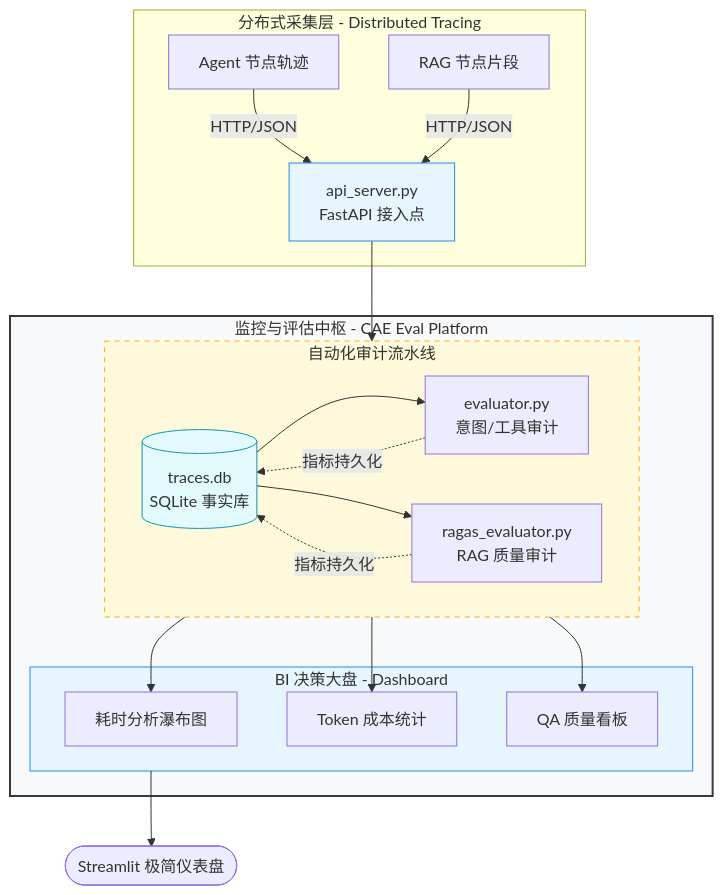
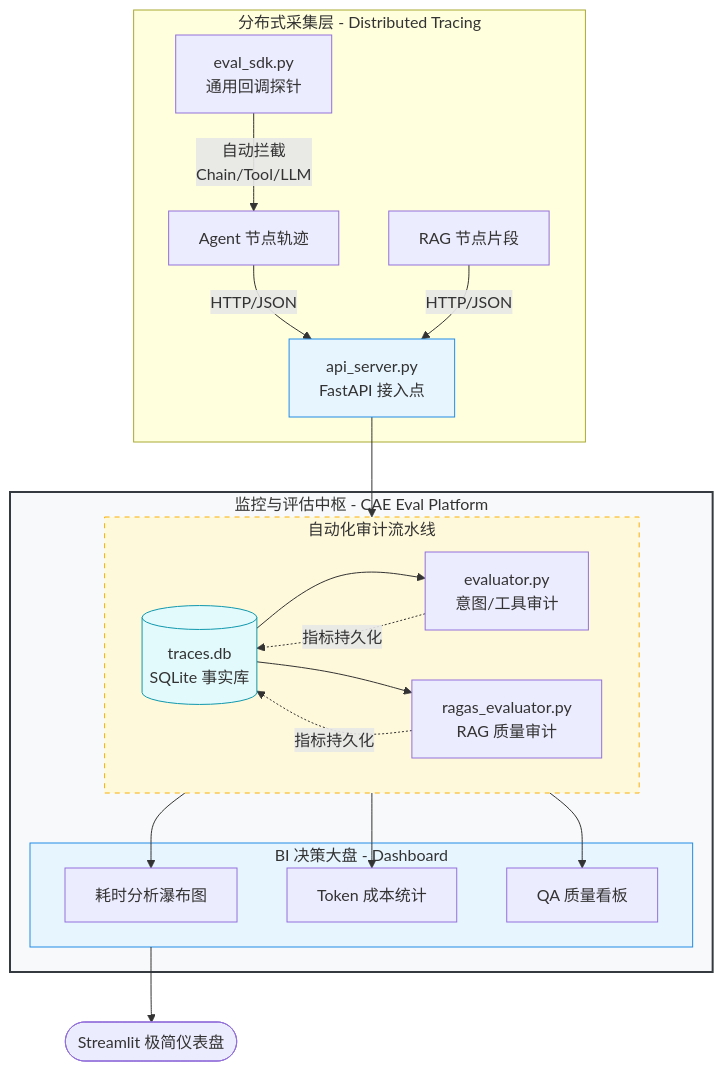
The second of 5 diagrams in CAE_Eval_Platform/README.md (aohanao/My-job), drawn with Mermaid before and after one commit. The commit also changed other lines of this file and 21 other files, not shown here.

````diff
--- a/CAE_Eval_Platform/README.md
+++ b/CAE_Eval_Platform/README.md
@@ -40,37 +59,38 @@
 ```mermaid
 graph TD
     %% 数据上报层
-    subgraph Data_Collection [分布式采集层 - Distributed Tracing]
-        Agent_Trace[Agent 节点轨迹] -- "HTTP/JSON" --> Collector
-        RAG_Trace[RAG 节点片段] -- "HTTP/JSON" --> Collector
+    subgraph Data_Collection ["分布式采集层 - Distributed Tracing"]
+        SDK["eval_sdk.py<br/>通用回调探针"] -- "自动拦截<br/>Chain/Tool/LLM" --> Agent_Trace["Agent 节点轨迹"]
+        Agent_Trace -- "HTTP/JSON" --> Collector
+        RAG_Trace["RAG 节点片段"] -- "HTTP/JSON" --> Collector
     end
 
     %% 监控中枢层
-    subgraph Monitoring_Hub [监控与评估中枢 - CAE Eval Platform]
-        Collector[api_server.py <br/> FastAPI 接入点] --> Storage[(traces.db <br/> SQLite 事实库)]
+    subgraph Monitoring_Hub ["监控与评估中枢 - CAE Eval Platform"]
+        Collector["api_server.py<br/>FastAPI 接入点"] --> Storage[("traces.db<br/>SQLite 事实库")]
         
-        subgraph Audit_Pipeline [自动化审计流水线]
+        subgraph Audit_Pipeline ["自动化审计流水线"]
             direction LR
-            Storage --> Intent_Auditor[evaluator.py <br/> 意图/工具审计]
-            Storage --> RAG_Auditor[ragas_evaluator.py <br/> RAG 质量审计]
+            Storage --> Intent_Auditor["evaluator.py<br/>意图/工具审计"]
+            Storage --> RAG_Auditor["ragas_evaluator.py<br/>RAG 质量审计"]
             Intent_Auditor -. "指标持久化" .-> Storage
             RAG_Auditor -. "指标持久化" .-> Storage
         end
         
-        subgraph BI_Dashboard [BI 决策大盘 - Dashboard]
-            Storage --> Waterfall[耗时分析瀑布图]
-            Storage --> TokenUsage[Token 成本统计]
-            Storage --> QABoard[QA 质量看板]
+        subgraph BI_Dashboard ["BI 决策大盘 - Dashboard"]
+            Storage --> Waterfall["耗时分析瀑布图"]
+            Storage --> TokenUsage["Token 成本统计"]
+            Storage --> QABoard["QA 质量看板"]
         end
     end
 
     %% 输出
-    BI_Dashboard --> Dashboard_UI([Streamlit 极简仪表盘])
+    BI_Dashboard --> Dashboard_UI(["Streamlit 极简仪表盘"])
 
     %% 样式美化
     style Monitoring_Hub fill:#f8f9fa,stroke:#343a40,stroke-width:2px
     style Audit_Pipeline fill:#fff9db,stroke:#fab005,stroke-dasharray: 5 5
     style BI_Dashboard fill:#e7f5ff,stroke:#228be6
     style Storage fill:#e3fafc,stroke:#1098ad
     style Collector fill:#e7f5ff,stroke:#228be6
 ```
````
